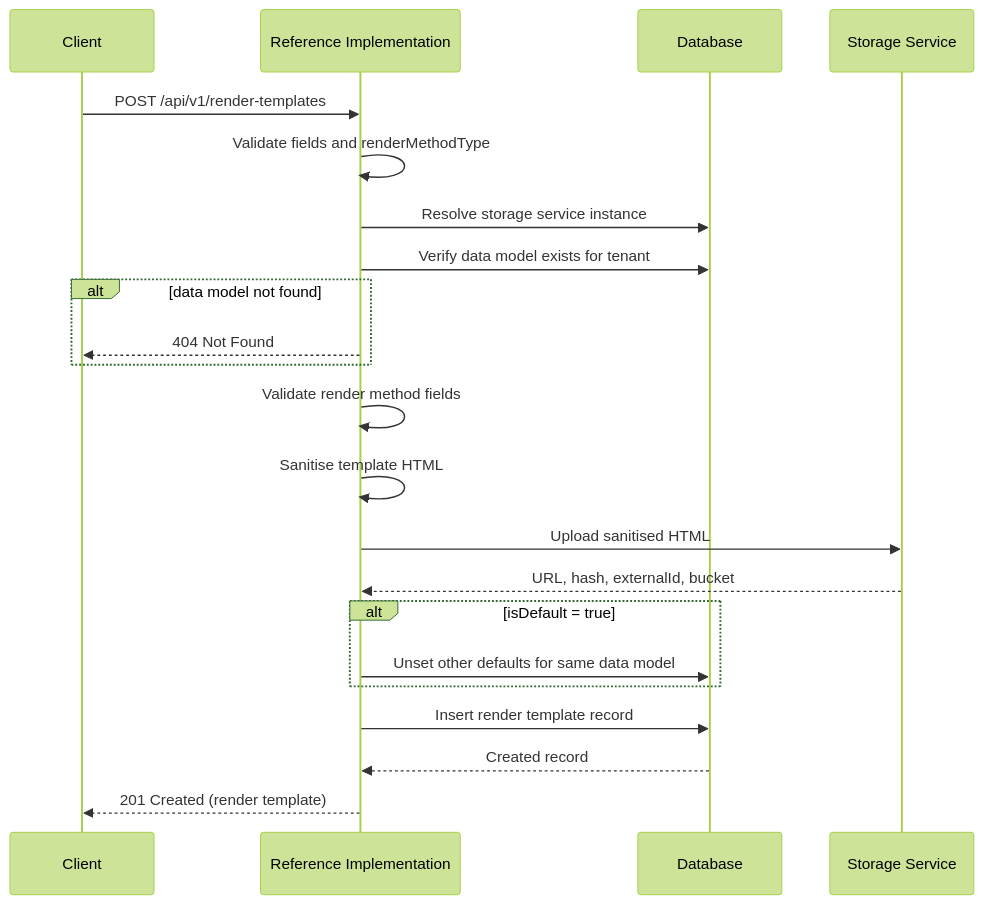
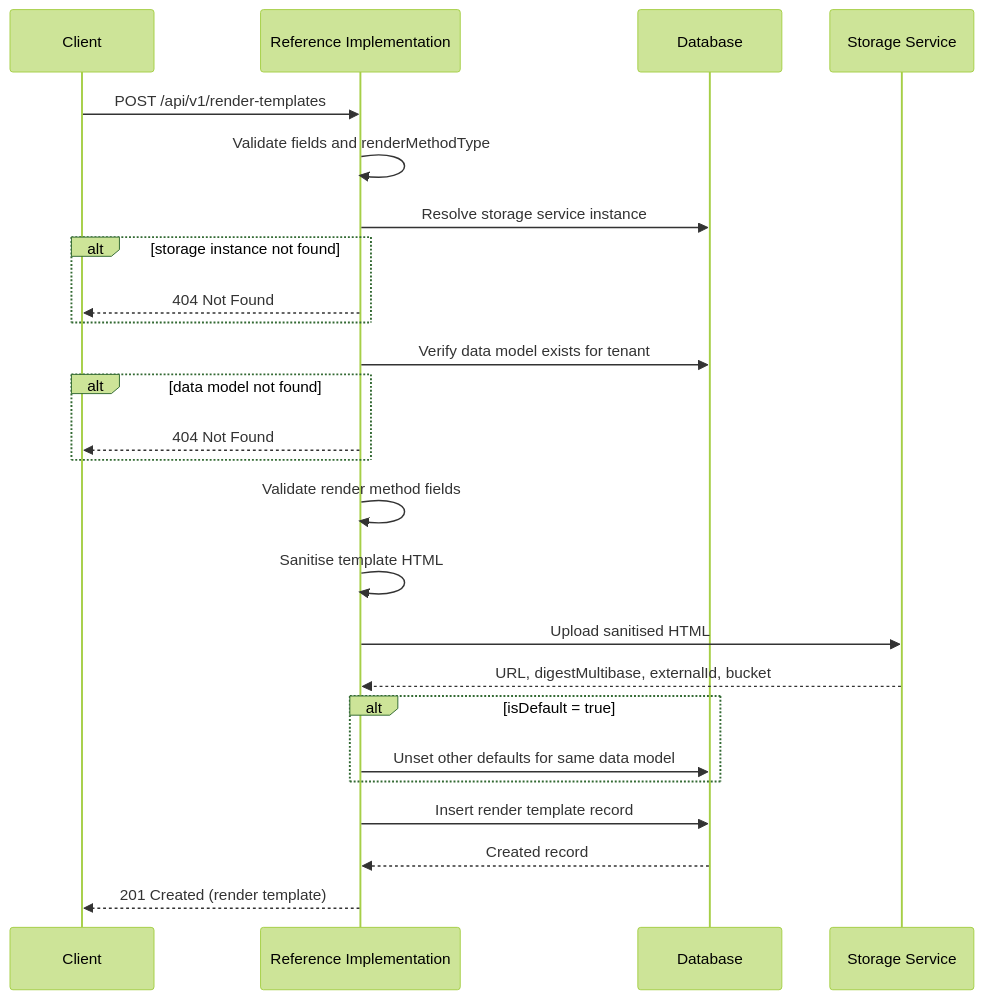
The first of 4 diagrams in documentation/docs/reference-implementation/api/render-templates.md (uncefact/tests-untp), drawn with Mermaid (forest theme) before and after one commit. The commit also changed other lines of this file and 7 other files, not shown here.

````diff
--- a/documentation/docs/reference-implementation/api/render-templates.md
+++ b/documentation/docs/reference-implementation/api/render-templates.md
@@ -100,25 +106,28 @@
 ```mermaid
 sequenceDiagram
     participant Client
     participant RI as Reference Implementation
     participant DB as Database
     participant Storage as Storage Service
 
     Client->>RI: POST /api/v1/render-templates
     RI->>RI: Validate fields and renderMethodType
     RI->>DB: Resolve storage service instance
+    alt storage instance not found
+        RI-->>Client: 404 Not Found
+    end
     RI->>DB: Verify data model exists for tenant
     alt data model not found
         RI-->>Client: 404 Not Found
     end
     RI->>RI: Validate render method fields
     RI->>RI: Sanitise template HTML
     RI->>Storage: Upload sanitised HTML
-    Storage-->>RI: URL, hash, externalId, bucket
+    Storage-->>RI: URL, digestMultibase, externalId, bucket
     alt isDefault = true
         RI->>DB: Unset other defaults for same data model
     end
     RI->>DB: Insert render template record
     DB-->>RI: Created record
     RI-->>Client: 201 Created (render template)
 ```
````
